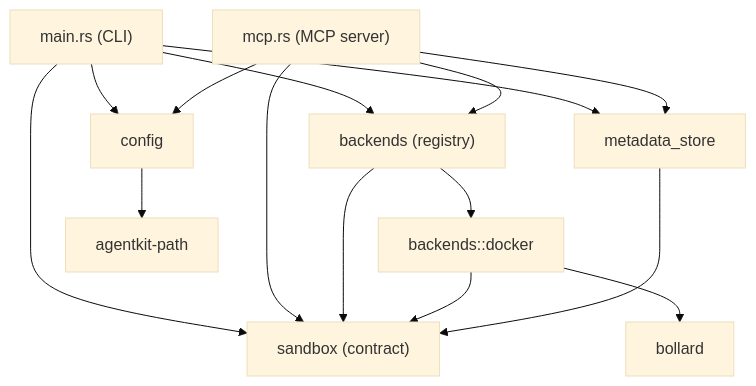
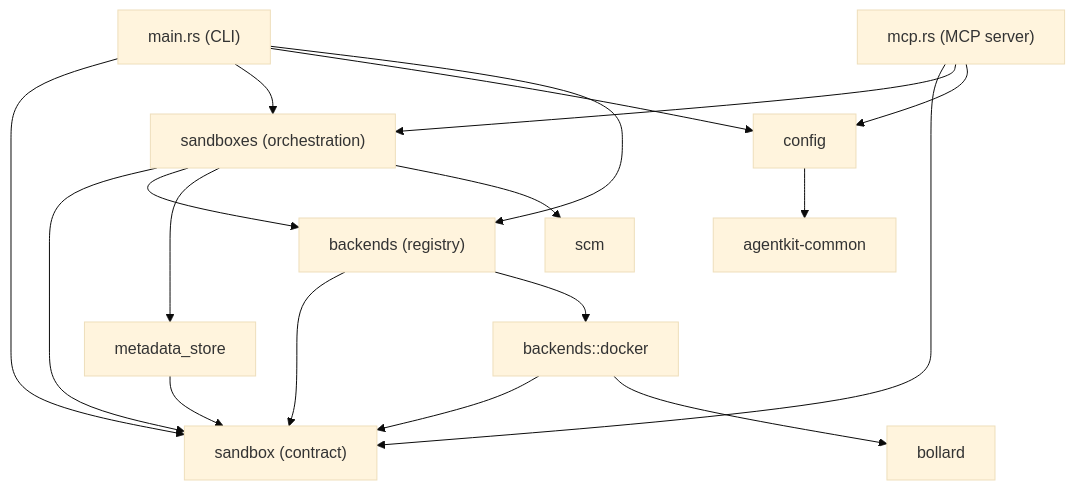
The diagram in adrs/2026-11-03-sandbox-provider-contract/plan.md (throwparty/agentkit), drawn with Mermaid (base theme) before and after one commit. The commit also changed other lines of this file and 6 other files, not shown here.

````diff
--- a/adrs/2026-11-03-sandbox-provider-contract/plan.md
+++ b/adrs/2026-11-03-sandbox-provider-contract/plan.md
@@ -38,21 +39,25 @@
 ```mermaid
 flowchart TD
     CLI["main.rs (CLI)"] --> CONTRACT["sandbox (contract)"]
+    CLI --> SANDBOXES["sandboxes (orchestration)"]
+    CLI --> CONFIG["config"]
     CLI --> REGISTRY["backends (registry)"]
-    CLI --> PERSIST["metadata_store"]
-    CLI --> CONFIG["config"]
 
     MCP["mcp.rs (MCP server)"] --> CONTRACT
-    MCP --> REGISTRY
-    MCP --> PERSIST
+    MCP --> SANDBOXES
     MCP --> CONFIG
+
+    SANDBOXES --> CONTRACT
+    SANDBOXES --> REGISTRY
+    SANDBOXES --> PERSIST["metadata_store"]
+    SANDBOXES --> SCM["scm"]
 
     REGISTRY --> CONTRACT
     REGISTRY --> DOCKER["backends::docker"]
     DOCKER --> CONTRACT
     PERSIST --> CONTRACT
 
-    CONFIG --> APPATH["agentkit-path"]
+    CONFIG --> APPATH["agentkit-common"]
     DOCKER --> BOLLARD["bollard"]
 
 ```
````
